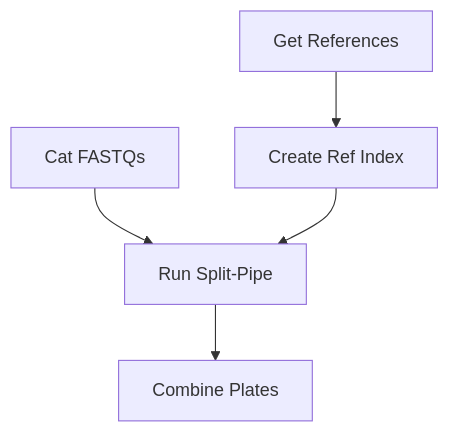
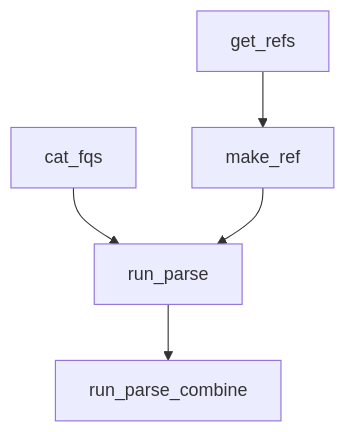
Before and after one commit to Dazcam/eQTL_study_2025: the diagram in pipelines/02-scanpy.qmd, drawn with Mermaid. The commit also changed other lines of this file, not shown here.

````diff
--- a/pipelines/02-scanpy.qmd
+++ b/pipelines/02-scanpy.qmd
@@ -57,7 +11,7 @@
 ```{mermaid}
 graph TD
-    A[Get References] --> B[Create Ref Index]
-    C[Cat FASTQs] --> D[Run Split-Pipe]
+    A[get_refs] --> B[make_ref]
+    C[cat_fqs] --> D[run_parse]
     B --> D
-    D --> E[Combine Plates]
+    D --> E[run_parse_combine]
 ```
````
